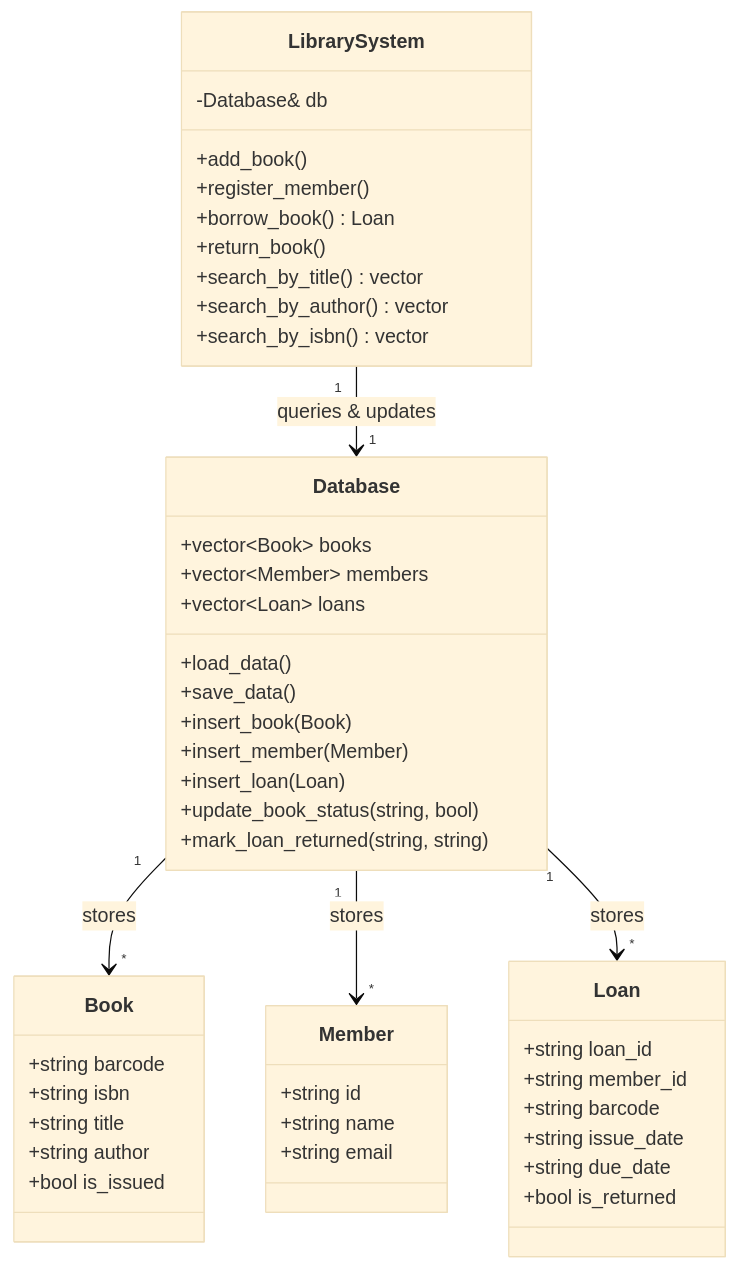
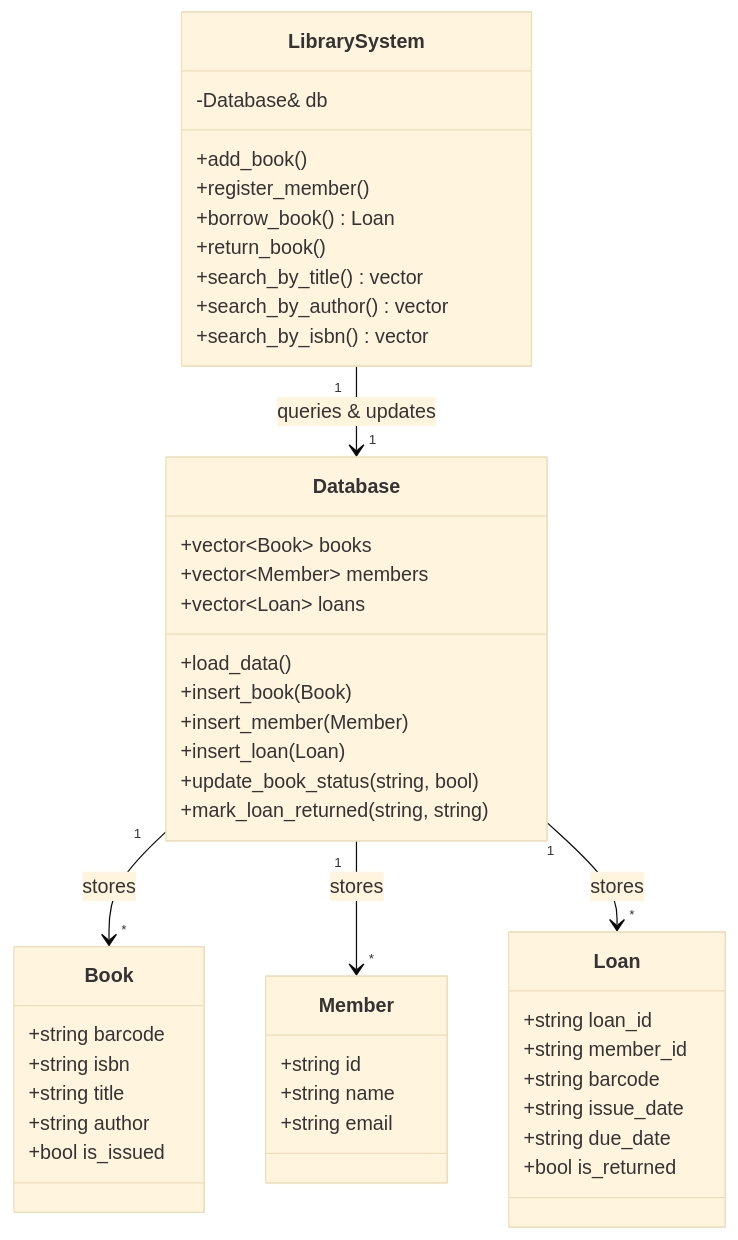
One commit to ved-source/library-management-system changed the diagram in README.md. Above: the diagram before and after it, drawn with Mermaid (base theme). The commit also changed other lines of this file and 12 other files, not shown here.

````diff
--- a/README.md
+++ b/README.md
@@ -21,51 +21,50 @@
 ```mermaid
 classDiagram
     direction TB
     class Book {
         +string barcode
         +string isbn
         +string title
         +string author
         +bool is_issued
     }
     class Member {
         +string id
         +string name
         +string email
     }
     class Loan {
         +string loan_id
         +string member_id
         +string barcode
         +string issue_date
         +string due_date
         +bool is_returned
     }
     class Database {
         +vector~Book~ books
         +vector~Member~ members
         +vector~Loan~ loans
         +load_data()
-        +save_data()
         +insert_book(Book)
         +insert_member(Member)
         +insert_loan(Loan)
         +update_book_status(string, bool)
         +mark_loan_returned(string, string)
     }
     class LibrarySystem {
         -Database& db
         +add_book()
         +register_member()
         +borrow_book() Loan
         +return_book()
         +search_by_title() vector
         +search_by_author() vector
         +search_by_isbn() vector
     }
 
     Database "1" --> "*" Book : stores
     Database "1" --> "*" Member : stores
     Database "1" --> "*" Loan : stores
     LibrarySystem "1" --> "1" Database : queries & updates
 ```
````
